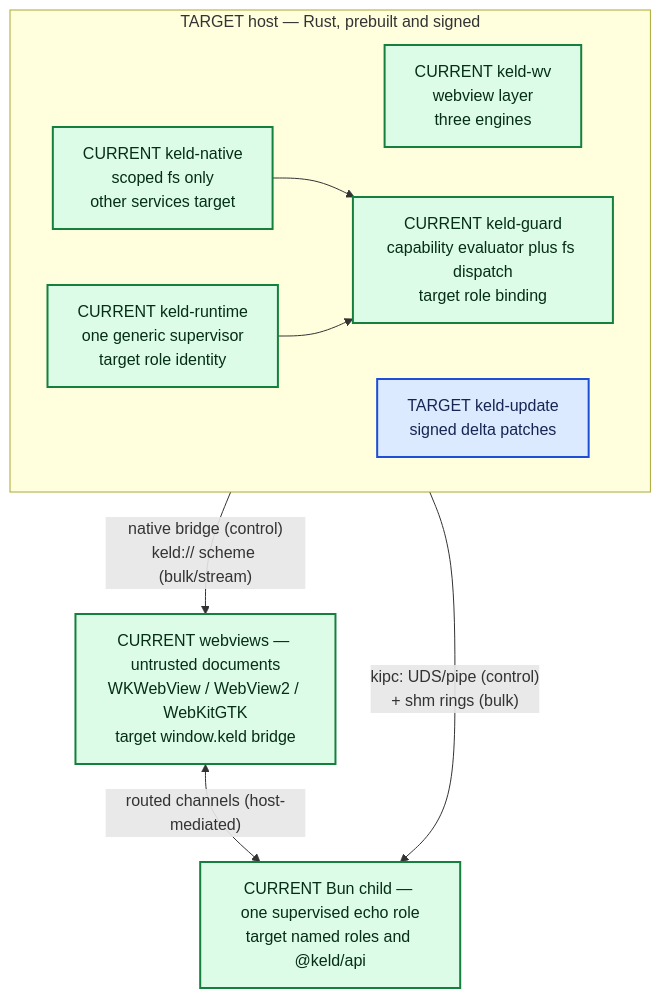
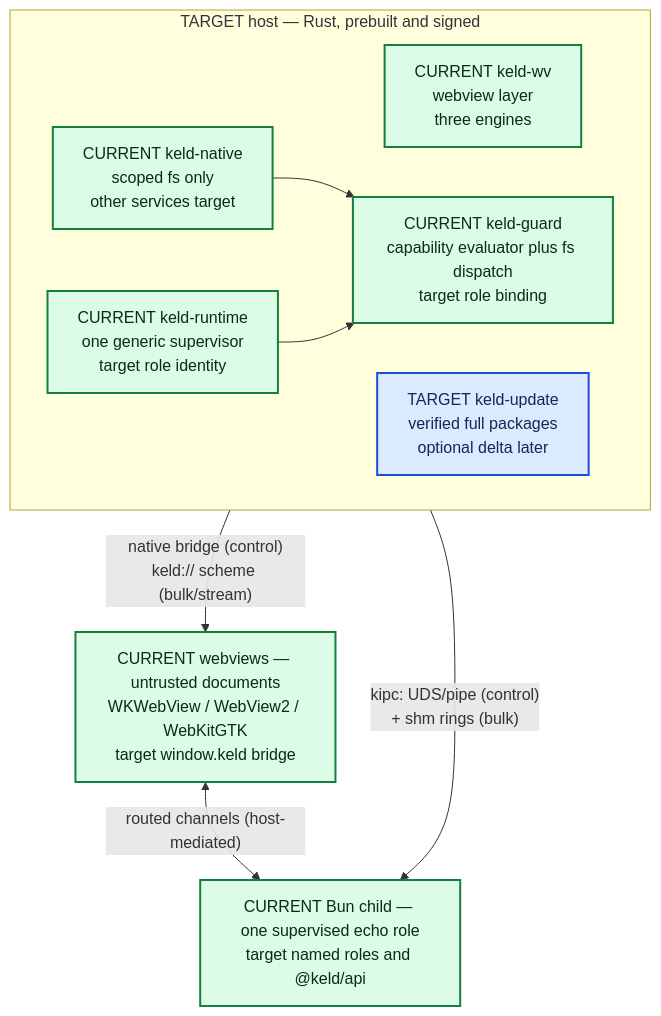
One commit to gyldlab/keld changed the diagram in docs/onboarding/01-project-summary.md. Above: the diagram before and after it, drawn with Mermaid. The commit also changed 10 other files, not shown here.

````diff
--- a/docs/onboarding/01-project-summary.md
+++ b/docs/onboarding/01-project-summary.md
@@ -87,36 +87,36 @@
 ```mermaid
 flowchart TB
     accTitle: Keld host, webview, and Bun trust topology
     accDescr {
       The host is the privileged authority process. Untrusted webviews and the Bun app
       process communicate only through host-mediated bridges; the diagram is an
       onboarding summary of architecture 01, whose live-versus-target status controls.
     }
 
     subgraph host["TARGET host — Rust, prebuilt and signed"]
         direction LR
         wv["CURRENT keld-wv<br/>webview layer<br/>three engines"]
         native["CURRENT keld-native<br/>scoped fs only<br/>other services target"]
         guard["CURRENT keld-guard<br/>capability evaluator plus fs dispatch<br/>target role binding"]
         runtime["CURRENT keld-runtime<br/>one generic supervisor<br/>target role identity"]
-        update["TARGET keld-update<br/>signed delta patches"]
+        update["TARGET keld-update<br/>verified full packages<br/>optional delta later"]
         native --> guard
         runtime --> guard
     end
 
     ui["CURRENT webviews — untrusted documents<br/>WKWebView / WebView2 / WebKitGTK<br/>target window.keld bridge"]
     app["CURRENT Bun child — one supervised echo role<br/>target named roles and @keld/api"]
 
     host -- "native bridge (control)<br/>keld:// scheme (bulk/stream)" --> ui
     host -- "kipc: UDS/pipe (control)<br/>+ shm rings (bulk)" --> app
     ui <-- "routed channels (host-mediated)" --> app
 
     classDef current fill:#dcfce7,stroke:#15803d,color:#052e16,stroke-width:2px
     classDef target fill:#dbeafe,stroke:#1d4ed8,color:#172554,stroke-width:2px
     classDef showcase fill:#f3e8ff,stroke:#7e22ce,color:#3b0764,stroke-width:2px,stroke-dasharray:5 3
     classDef gate fill:#fef3c7,stroke:#b45309,color:#451a03,stroke-width:2px
     classDef external fill:#e2e8f0,stroke:#475569,color:#0f172a,stroke-width:2px
     classDef denied fill:#fee2e2,stroke:#b91c1c,color:#450a0a,stroke-width:2px
     class wv,native,guard,runtime,ui,app current
     class update target
 ```
````
